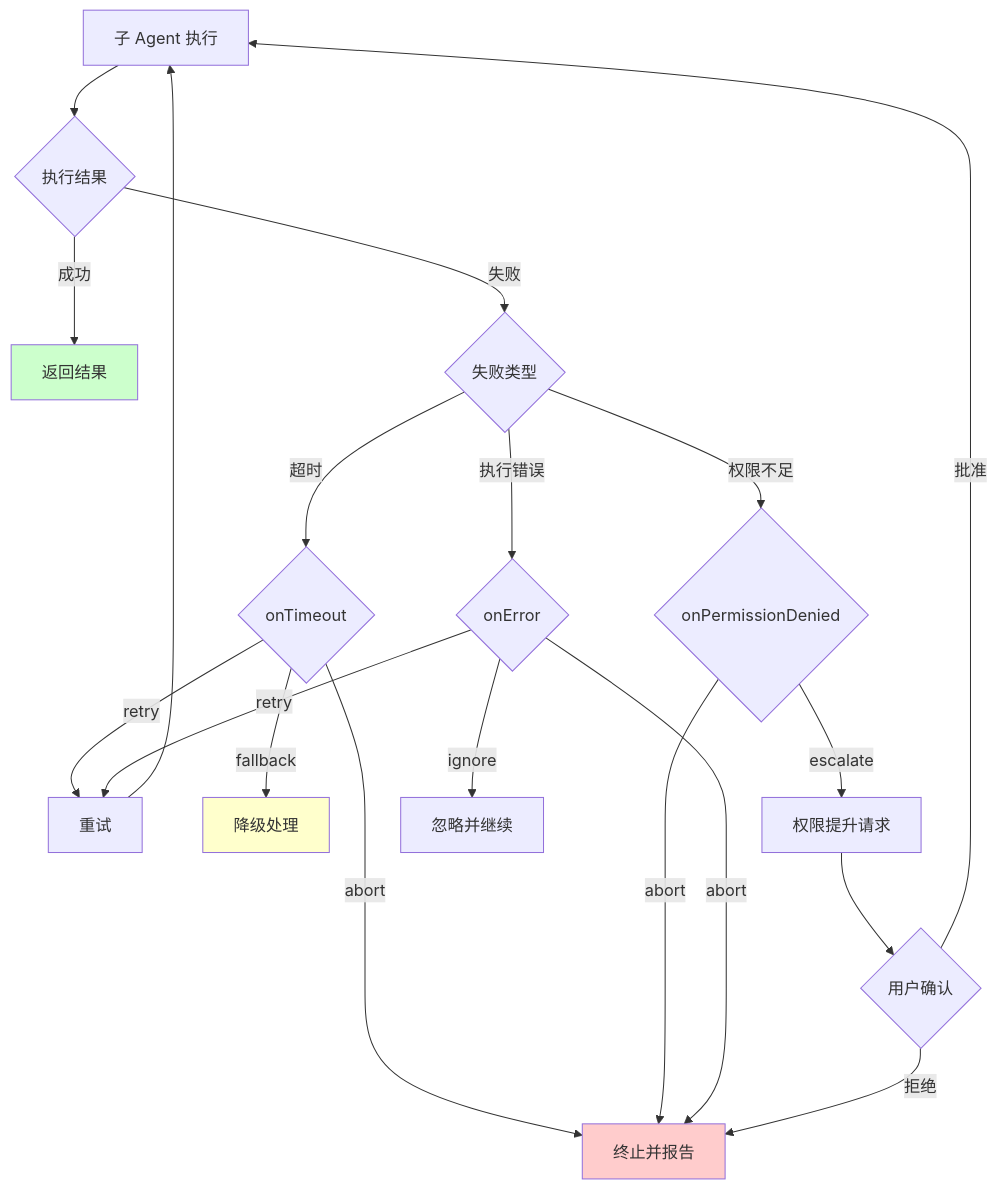
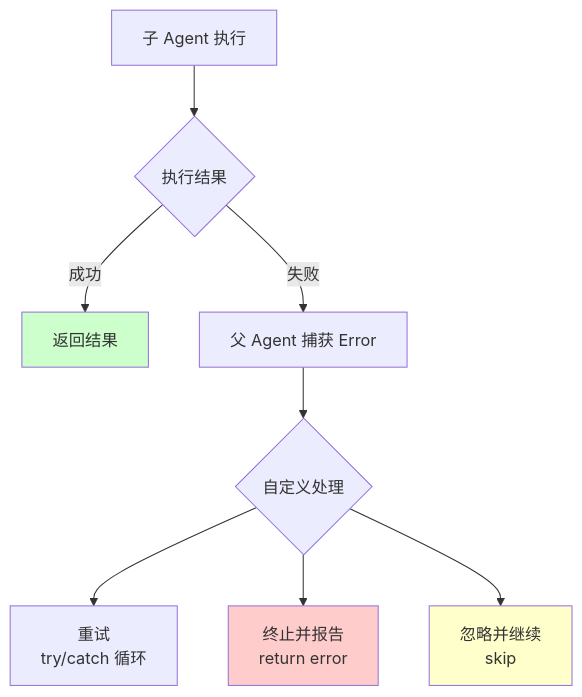
The fourth of 5 diagrams in src/04-workflows/agent-derivation.md (tonydeng/harness-engineering-from-oc-to-ai-coding), drawn with Mermaid before and after one commit. The commit also changed other lines of this file and 331 other files, not shown here.

````diff
--- a/src/04-workflows/agent-derivation.md
+++ b/src/04-workflows/agent-derivation.md
@@ -602,30 +654,14 @@
 ```mermaid
 flowchart TB
     A[子 Agent 执行] --> B{执行结果}
     B -->|成功| C[返回结果]
-    B -->|失败| D{失败类型}
+    B -->|失败| D[父 Agent 捕获 Error]
+    D --> E{自定义处理}
+    E --> F[重试<br/>try/catch 循环]
+    E --> G[终止并报告<br/>return error]
+    E --> H[忽略并继续<br/>skip]
     
-    D -->|超时| E{onTimeout}
-    D -->|权限不足| F{onPermissionDenied}
-    D -->|执行错误| G{onError}
-    
-    E -->|retry| H[重试]
-    E -->|abort| I[终止并报告]
-    E -->|fallback| J[降级处理]
-    
-    F -->|escalate| K[权限提升请求]
-    F -->|abort| I
-    
-    G -->|retry| H
-    G -->|abort| I
-    G -->|ignore| L[忽略并继续]
-    
-    H --> A
-    K --> M{用户确认}
-    M -->|批准| A
-    M -->|拒绝| I
-
     style C fill:#ccffcc
-    style I fill:#ffcccc
-    style J fill:#ffffcc
+    style G fill:#ffcccc
+    style H fill:#ffffcc
 ```
````
